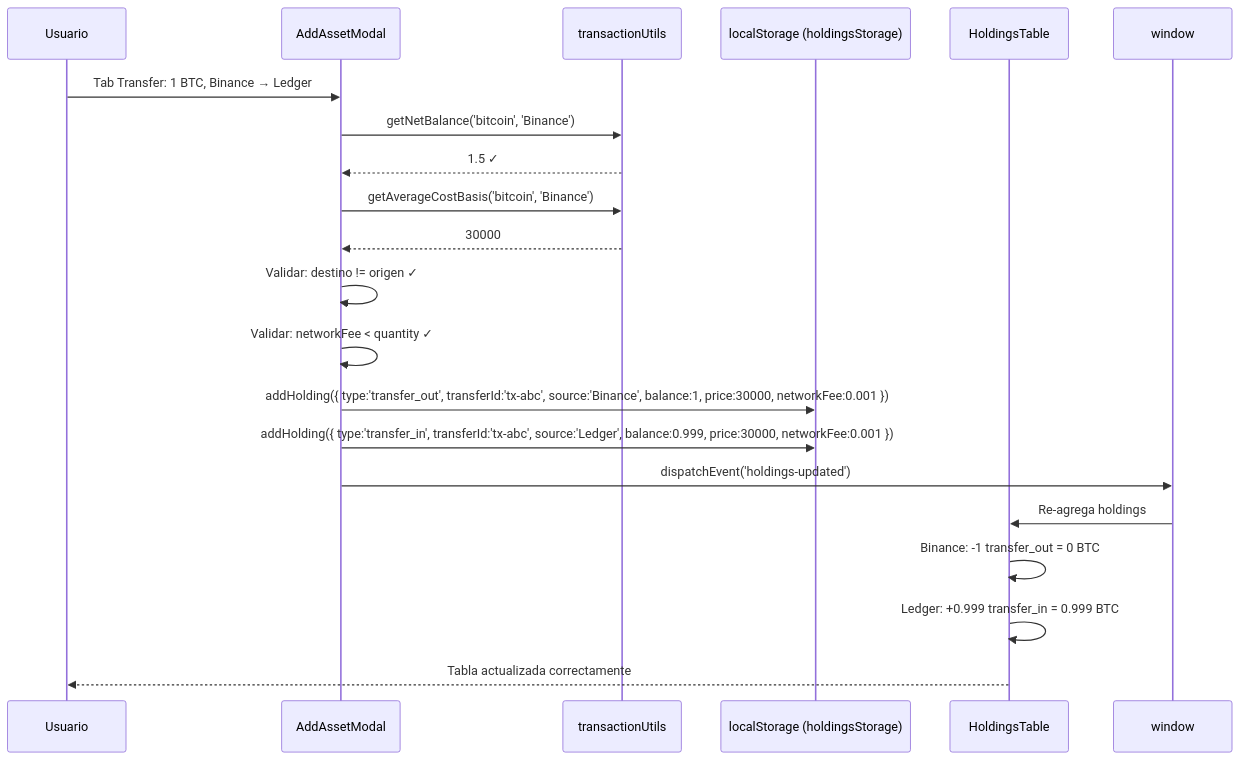
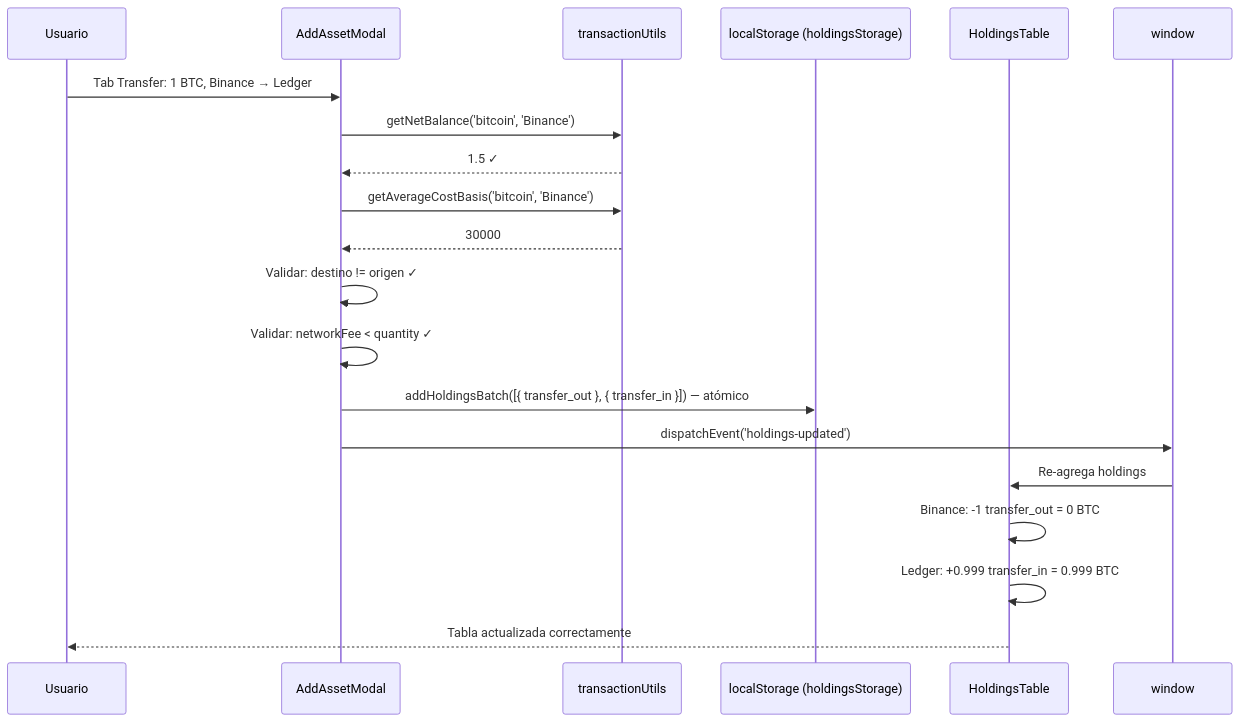
One commit to EdGonzz/caletaJS changed the diagram in docs/decisions/024-transfer-doble-entrada-atomica.md. Above: the diagram before and after it, drawn with Mermaid. The commit also changed other lines of this file and 6 other files, not shown here.

First line of the commit message:
refactor: transferencia atómica vía addHoldingsBatch

````diff
--- a/docs/decisions/024-transfer-doble-entrada-atomica.md
+++ b/docs/decisions/024-transfer-doble-entrada-atomica.md
@@ -175,23 +166,22 @@
 ```mermaid
 sequenceDiagram
     participant U as Usuario
     participant M as AddAssetModal
     participant TU as transactionUtils
     participant LS as localStorage (holdingsStorage)
     participant HT as HoldingsTable
 
     U->>M: Tab Transfer: 1 BTC, Binance → Ledger
     M->>TU: getNetBalance('bitcoin', 'Binance')
     TU-->>M: 1.5 ✓
     M->>TU: getAverageCostBasis('bitcoin', 'Binance')
     TU-->>M: 30000
     M->>M: Validar: destino != origen ✓
     M->>M: Validar: networkFee < quantity ✓
-    M->>LS: addHolding({ type:'transfer_out', transferId:'tx-abc', source:'Binance', balance:1, price:30000, networkFee:0.001 })
-    M->>LS: addHolding({ type:'transfer_in', transferId:'tx-abc', source:'Ledger', balance:0.999, price:30000, networkFee:0.001 })
+    M->>LS: addHoldingsBatch([{ transfer_out }, { transfer_in }]) — atómico
     M->>window: dispatchEvent('holdings-updated')
     window->>HT: Re-agrega holdings
     HT->>HT: Binance: -1 transfer_out = 0 BTC
     HT->>HT: Ledger: +0.999 transfer_in = 0.999 BTC
     HT-->>U: Tabla actualizada correctamente
 ```
````
